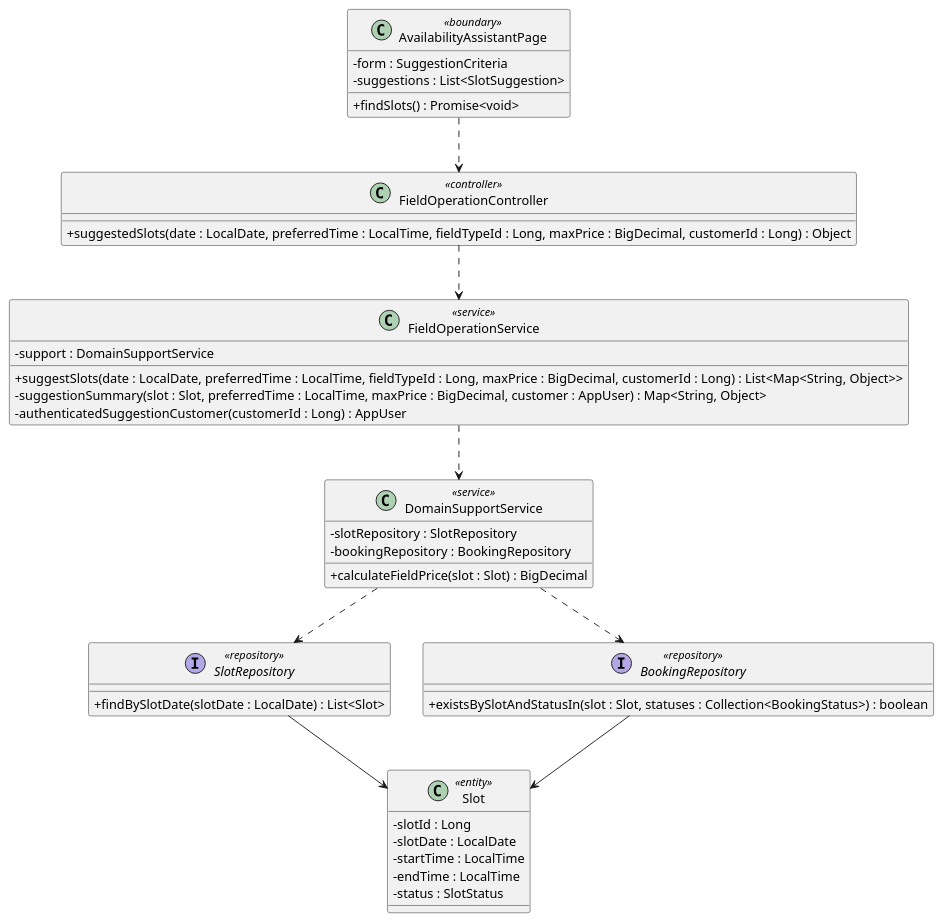
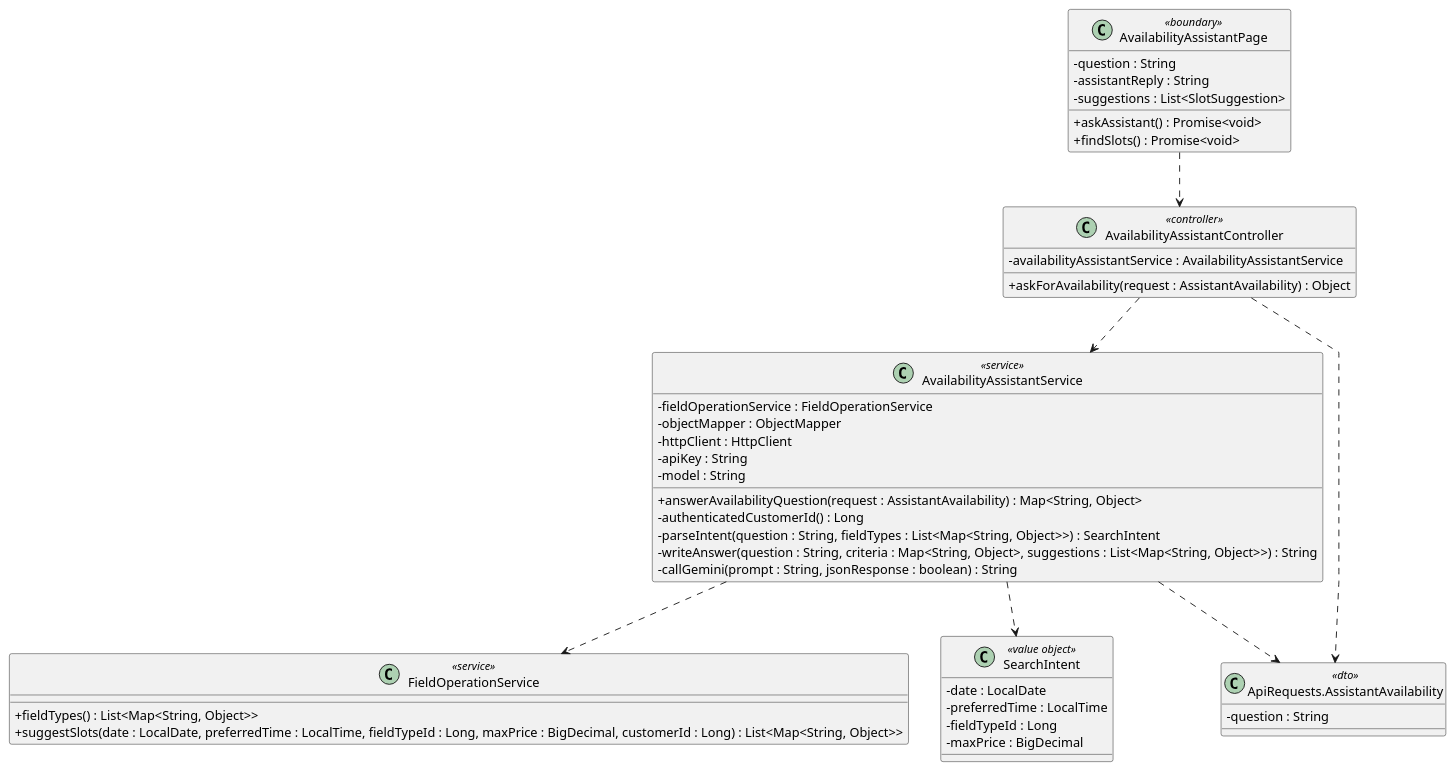
One commit to maxwell1904/SWP391_G3 changed the diagram in docs/Class Diagram/ask-smart-assistant-for-available-fields.puml. Above: the diagram before and after it, drawn with PlantUML. The commit also changed 99 other files, not shown here.

```diff
--- a/docs/Class Diagram/ask-smart-assistant-for-available-fields.puml
+++ b/docs/Class Diagram/ask-smart-assistant-for-available-fields.puml
@@ -1,53 +1,55 @@
 @startuml
 
 skinparam classAttributeIconSize 0
 skinparam linetype polyline
 
 class AvailabilityAssistantPage <<boundary>> {
-    -form : SuggestionCriteria
+    -question : String
+    -assistantReply : String
     -suggestions : List<SlotSuggestion>
+    +askAssistant() : Promise<void>
     +findSlots() : Promise<void>
 }
 
-class FieldOperationController <<controller>> {
-    +suggestedSlots(date : LocalDate, preferredTime : LocalTime, fieldTypeId : Long, maxPrice : BigDecimal, customerId : Long) : Object
+class AvailabilityAssistantController <<controller>> {
+    -availabilityAssistantService : AvailabilityAssistantService
+    +askForAvailability(request : AssistantAvailability) : Object
+}
+
+class AvailabilityAssistantService <<service>> {
+    -fieldOperationService : FieldOperationService
+    -objectMapper : ObjectMapper
+    -httpClient : HttpClient
+    -apiKey : String
+    -model : String
+    +answerAvailabilityQuestion(request : AssistantAvailability) : Map<String, Object>
+    -authenticatedCustomerId() : Long
+    -parseIntent(question : String, fieldTypes : List<Map<String, Object>>) : SearchIntent
+    -writeAnswer(question : String, criteria : Map<String, Object>, suggestions : List<Map<String, Object>>) : String
+    -callGemini(prompt : String, jsonResponse : boolean) : String
 }
 
 class FieldOperationService <<service>> {
-    -support : DomainSupportService
+    +fieldTypes() : List<Map<String, Object>>
     +suggestSlots(date : LocalDate, preferredTime : LocalTime, fieldTypeId : Long, maxPrice : BigDecimal, customerId : Long) : List<Map<String, Object>>
-    -suggestionSummary(slot : Slot, preferredTime : LocalTime, maxPrice : BigDecimal, customer : AppUser) : Map<String, Object>
-    -authenticatedSuggestionCustomer(customerId : Long) : AppUser
 }
 
-class DomainSupportService <<service>> {
-    -slotRepository : SlotRepository
-    -bookingRepository : BookingRepository
-    +calculateFieldPrice(slot : Slot) : BigDecimal
+class "ApiRequests.AssistantAvailability" as AssistantAvailability <<dto>> {
+    -question : String
 }
 
-interface SlotRepository <<repository>> {
-    +findBySlotDate(slotDate : LocalDate) : List<Slot>
+class SearchIntent <<value object>> {
+    -date : LocalDate
+    -preferredTime : LocalTime
+    -fieldTypeId : Long
+    -maxPrice : BigDecimal
 }
 
-interface BookingRepository <<repository>> {
-    +existsBySlotAndStatusIn(slot : Slot, statuses : Collection<BookingStatus>) : boolean
-}
-
-class Slot <<entity>> {
-    -slotId : Long
-    -slotDate : LocalDate
-    -startTime : LocalTime
-    -endTime : LocalTime
-    -status : SlotStatus
-}
-
-AvailabilityAssistantPage ..> FieldOperationController
-FieldOperationController ..> FieldOperationService
-FieldOperationService ..> DomainSupportService
-DomainSupportService ..> SlotRepository
-DomainSupportService ..> BookingRepository
-SlotRepository --> Slot
-BookingRepository --> Slot
+AvailabilityAssistantPage ..> AvailabilityAssistantController
+AvailabilityAssistantController ..> AvailabilityAssistantService
+AvailabilityAssistantController ..> AssistantAvailability
+AvailabilityAssistantService ..> AssistantAvailability
+AvailabilityAssistantService ..> SearchIntent
+AvailabilityAssistantService ..> FieldOperationService
 
 @enduml
```
